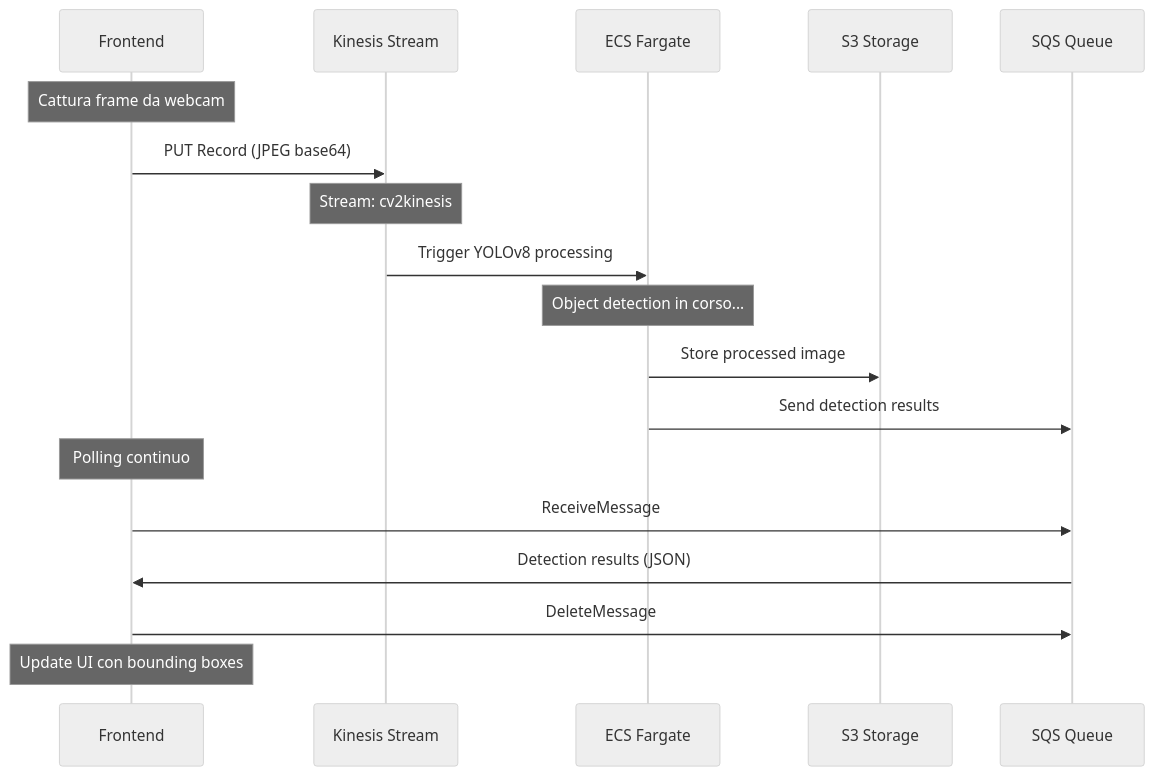
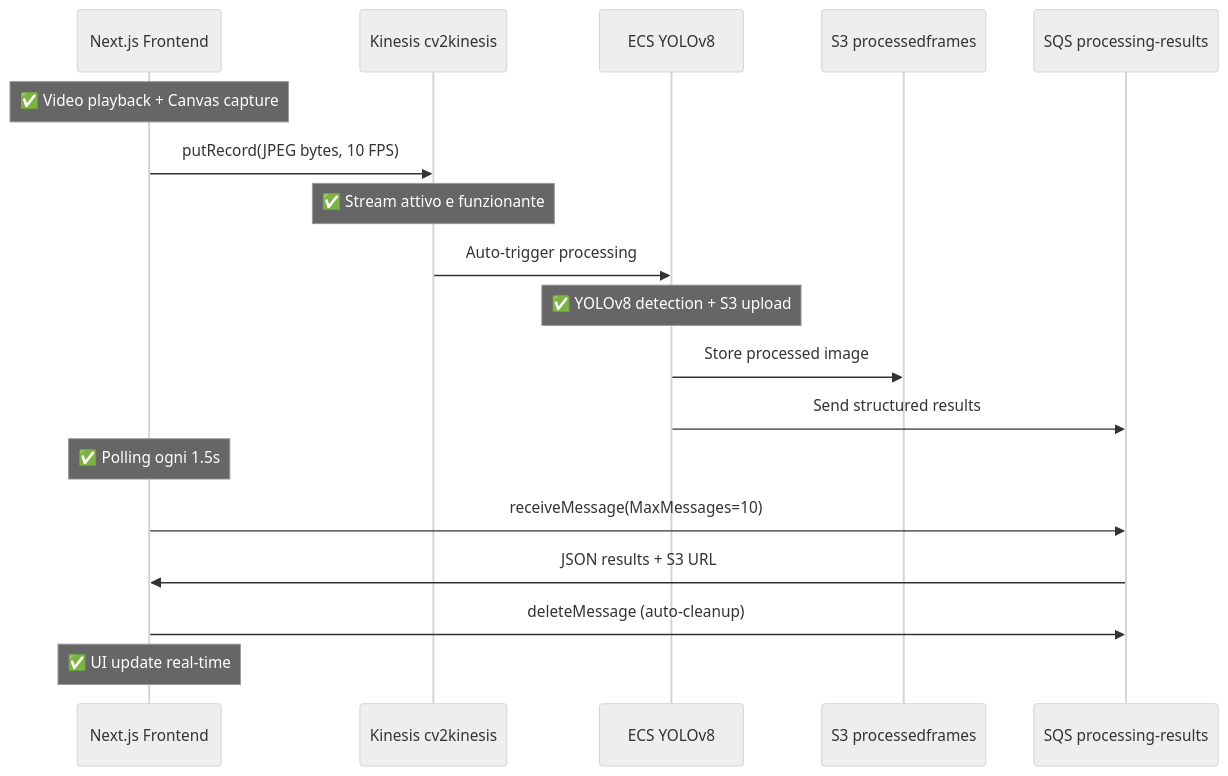
Before and after one commit to PedemonteGiacomo/KinaseVideoProcessing: the second of 2 diagrams in infrastructure/docs/FRONTEND_INTEGRATION_GUIDE.md, drawn with Mermaid (neutral theme). The commit also changed other lines of this file, not shown here.

Commit message:
update frontend integration guide with optimized video processing and real-time UI enhancements

````diff
--- a/infrastructure/docs/FRONTEND_INTEGRATION_GUIDE.md
+++ b/infrastructure/docs/FRONTEND_INTEGRATION_GUIDE.md
@@ -376,25 +304,25 @@
 ```mermaid
 sequenceDiagram
-    participant F as Frontend
-    participant K as Kinesis Stream
-    participant E as ECS Fargate
-    participant S as S3 Storage
-    participant Q as SQS Queue
+    participant F as Next.js Frontend
+    participant K as Kinesis cv2kinesis
+    participant E as ECS YOLOv8
+    participant S as S3 processedframes
+    participant Q as SQS processing-results
     
-    Note over F: Cattura frame da webcam
-    F->>K: PUT Record (JPEG base64)
-    Note over K: Stream: cv2kinesis
+    Note over F: ✅ Video playback + Canvas capture
+    F->>K: putRecord(JPEG bytes, 10 FPS)
+    Note over K: ✅ Stream attivo e funzionante
     
-    K->>E: Trigger YOLOv8 processing
-    Note over E: Object detection in corso...
+    K->>E: Auto-trigger processing
+    Note over E: ✅ YOLOv8 detection + S3 upload
     
     E->>S: Store processed image
-    E->>Q: Send detection results
+    E->>Q: Send structured results
     
-    Note over F: Polling continuo
-    F->>Q: ReceiveMessage
-    Q->>F: Detection results (JSON)
-    F->>Q: DeleteMessage
+    Note over F: ✅ Polling ogni 1.5s
+    F->>Q: receiveMessage(MaxMessages=10)
+    Q->>F: JSON results + S3 URL
+    F->>Q: deleteMessage (auto-cleanup)
     
-    Note over F: Update UI con bounding boxes
+    Note over F: ✅ UI update real-time
 ```
````
